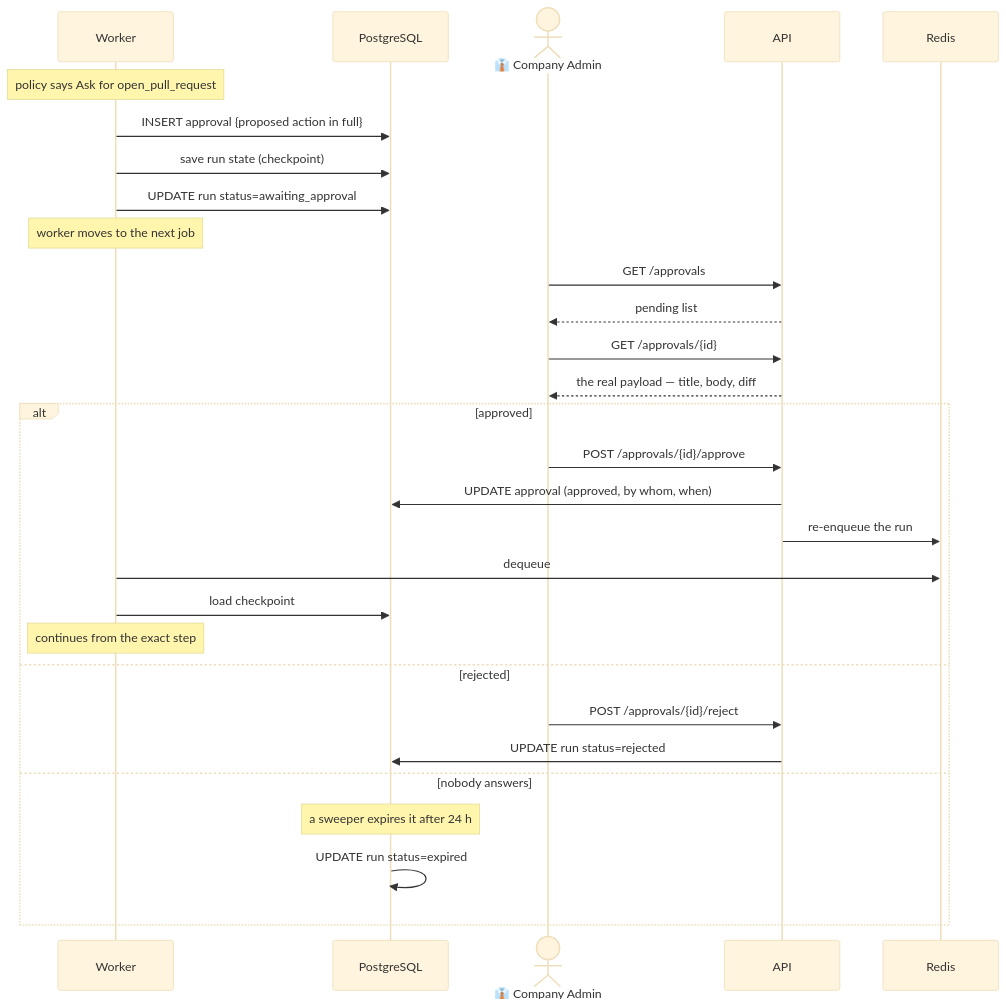
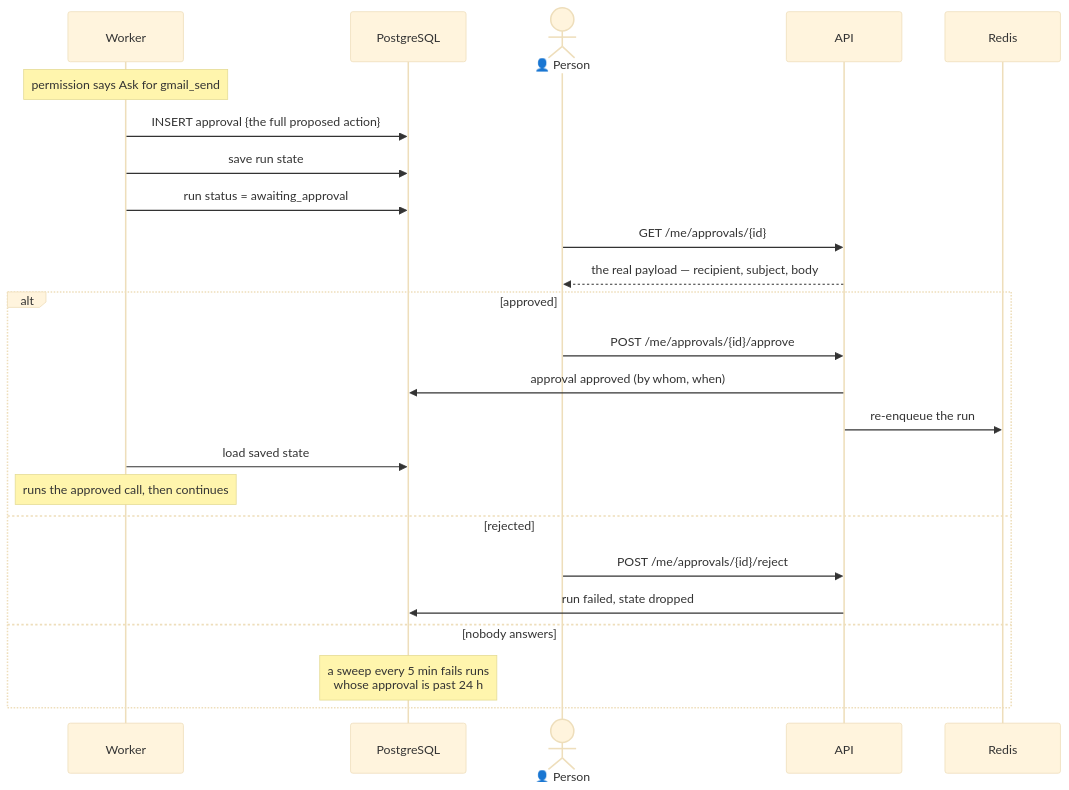
The tenth of 12 diagrams in docs/HLD.md (dharaneechinnu/ai-employee-platform), drawn with Mermaid (base theme) before and after one commit. The commit also changed other lines of this file and 7 other files, not shown here.

````diff
--- a/docs/HLD.md
+++ b/docs/HLD.md
@@ -742,34 +585,29 @@
 ```mermaid
 sequenceDiagram
     participant W as Worker
     participant DB as PostgreSQL
-    actor CA as 👔 Company Admin
+    actor P as 👤 Person
     participant API
     participant R as Redis
 
-    Note over W: policy says Ask for open_pull_request
-    W->>DB: INSERT approval {proposed action in full}
-    W->>DB: save run state (checkpoint)
-    W->>DB: UPDATE run status=awaiting_approval
-    Note over W: worker moves to the next job
+    Note over W: permission says Ask for gmail_send
+    W->>DB: INSERT approval {the full proposed action}
+    W->>DB: save run state
+    W->>DB: run status = awaiting_approval
 
-    CA->>API: GET /approvals
-    API-->>CA: pending list
-    CA->>API: GET /approvals/{id}
-    API-->>CA: the real payload — title, body, diff
+    P->>API: GET /me/approvals/{id}
+    API-->>P: the real payload — recipient, subject, body
 
     alt approved
-        CA->>API: POST /approvals/{id}/approve
-        API->>DB: UPDATE approval (approved, by whom, when)
+        P->>API: POST /me/approvals/{id}/approve
+        API->>DB: approval approved (by whom, when)
         API->>R: re-enqueue the run
-        W->>R: dequeue
-        W->>DB: load checkpoint
-        Note over W: continues from the exact step
+        W->>DB: load saved state
+        Note over W: runs the approved call, then continues
     else rejected
-        CA->>API: POST /approvals/{id}/reject
-        API->>DB: UPDATE run status=rejected
+        P->>API: POST /me/approvals/{id}/reject
+        API->>DB: run failed, state dropped
     else nobody answers
-        Note over DB: a sweeper expires it after 24 h
-        DB->>DB: UPDATE run status=expired
+        Note over DB: a sweep every 5 min fails runs<br/>whose approval is past 24 h
     end
 ```
````
